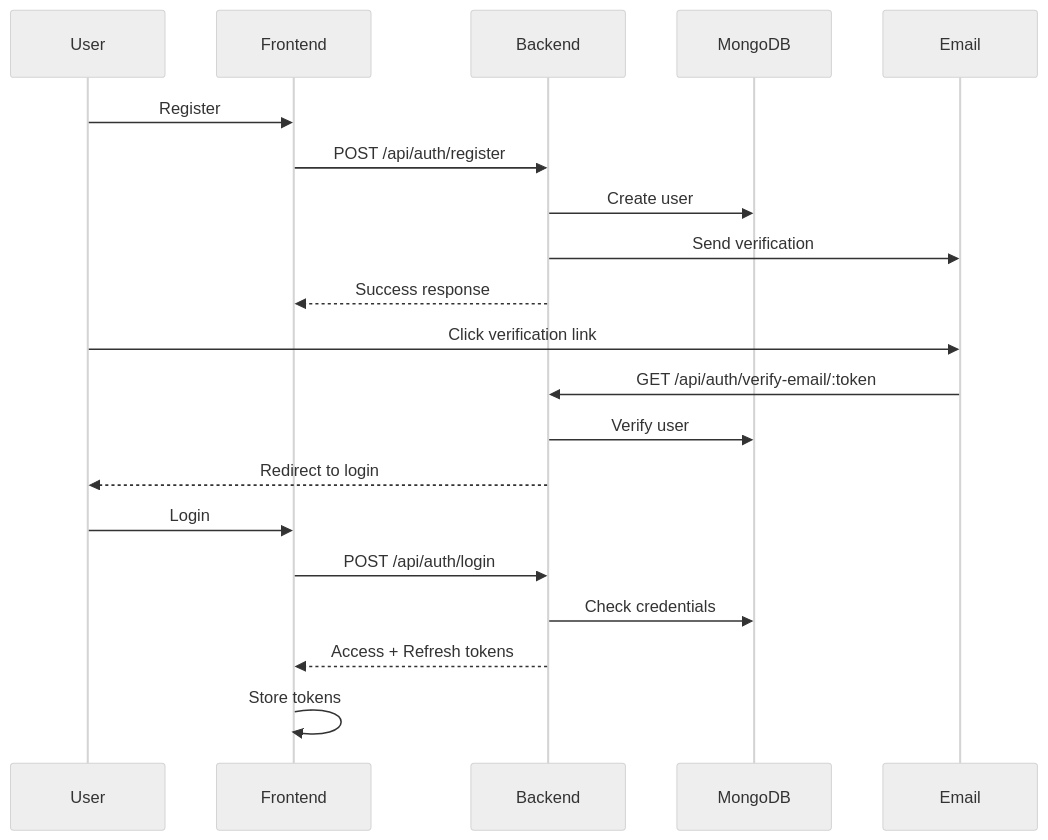
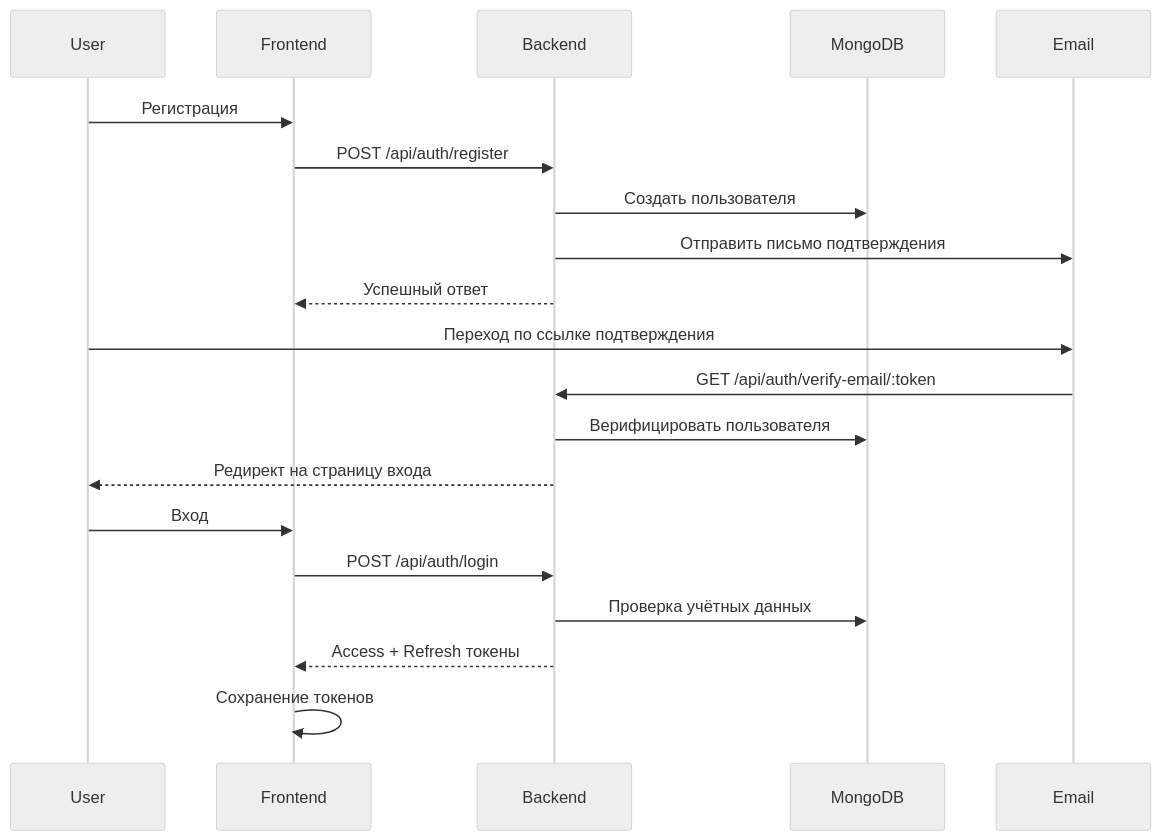
One commit to boris2024-spec/NADLAN changed the second of 3 diagrams in README_RU.md. Above: the diagram before and after it, drawn with Mermaid (neutral theme). The commit also changed other lines of this file and 1 other file, not shown here.

Commit message:
fix(README_RU): обновить диаграммы последовательности и перевести текст на русский язык

````diff
--- a/README_RU.md
+++ b/README_RU.md
@@ -681,25 +681,25 @@
 ```mermaid
 sequenceDiagram
     participant User
     participant Frontend
     participant Backend
     participant MongoDB
     participant Email
 
-    User->>Frontend: Register
+    User->>Frontend: Регистрация
     Frontend->>Backend: POST /api/auth/register
-    Backend->>MongoDB: Create user
-    Backend->>Email: Send verification
-    Backend-->>Frontend: Success response
+    Backend->>MongoDB: Создать пользователя
+    Backend->>Email: Отправить письмо подтверждения
+    Backend-->>Frontend: Успешный ответ
     
-    User->>Email: Click verification link
+    User->>Email: Переход по ссылке подтверждения
     Email->>Backend: GET /api/auth/verify-email/:token
-    Backend->>MongoDB: Verify user
-    Backend-->>User: Redirect to login
+    Backend->>MongoDB: Верифицировать пользователя
+    Backend-->>User: Редирект на страницу входа
     
-    User->>Frontend: Login
+    User->>Frontend: Вход
     Frontend->>Backend: POST /api/auth/login
-    Backend->>MongoDB: Check credentials
-    Backend-->>Frontend: Access + Refresh tokens
-    Frontend->>Frontend: Store tokens
+    Backend->>MongoDB: Проверка учётных данных
+    Backend-->>Frontend: Access + Refresh токены
+    Frontend->>Frontend: Сохранение токенов
 ```
````
